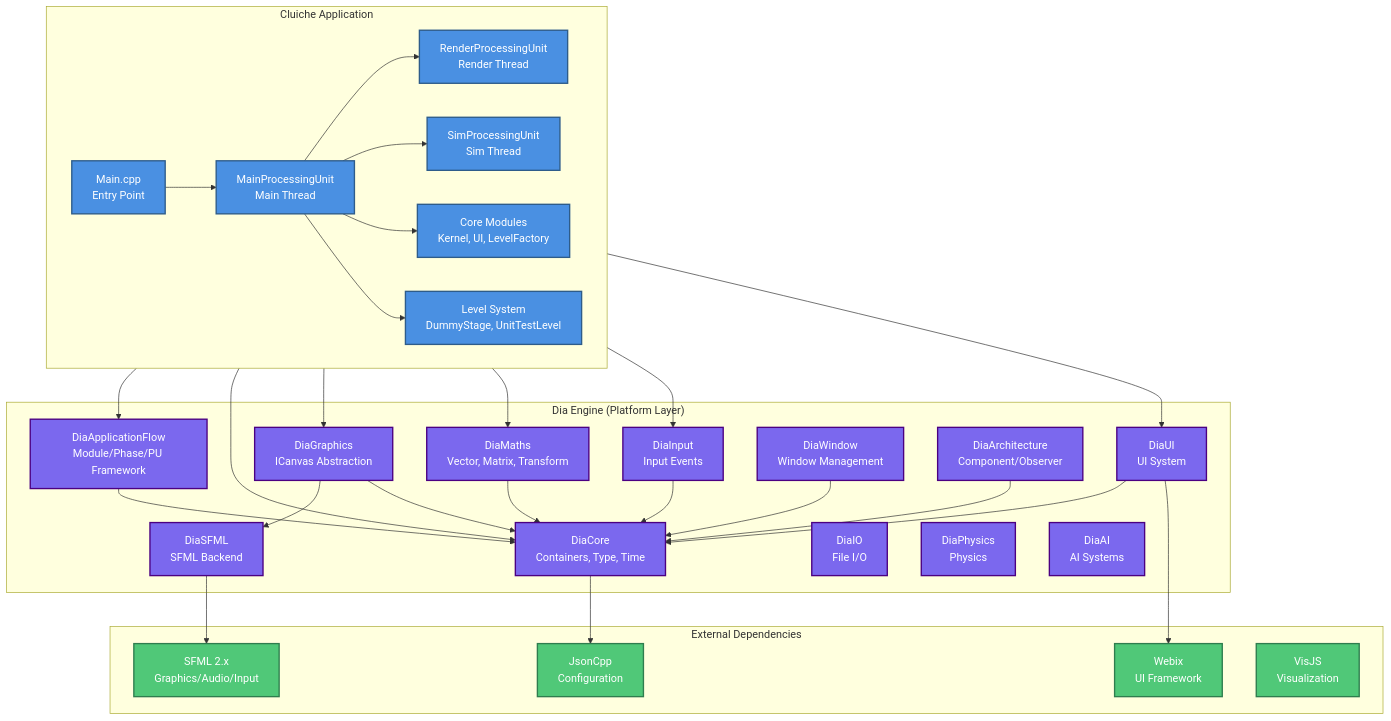
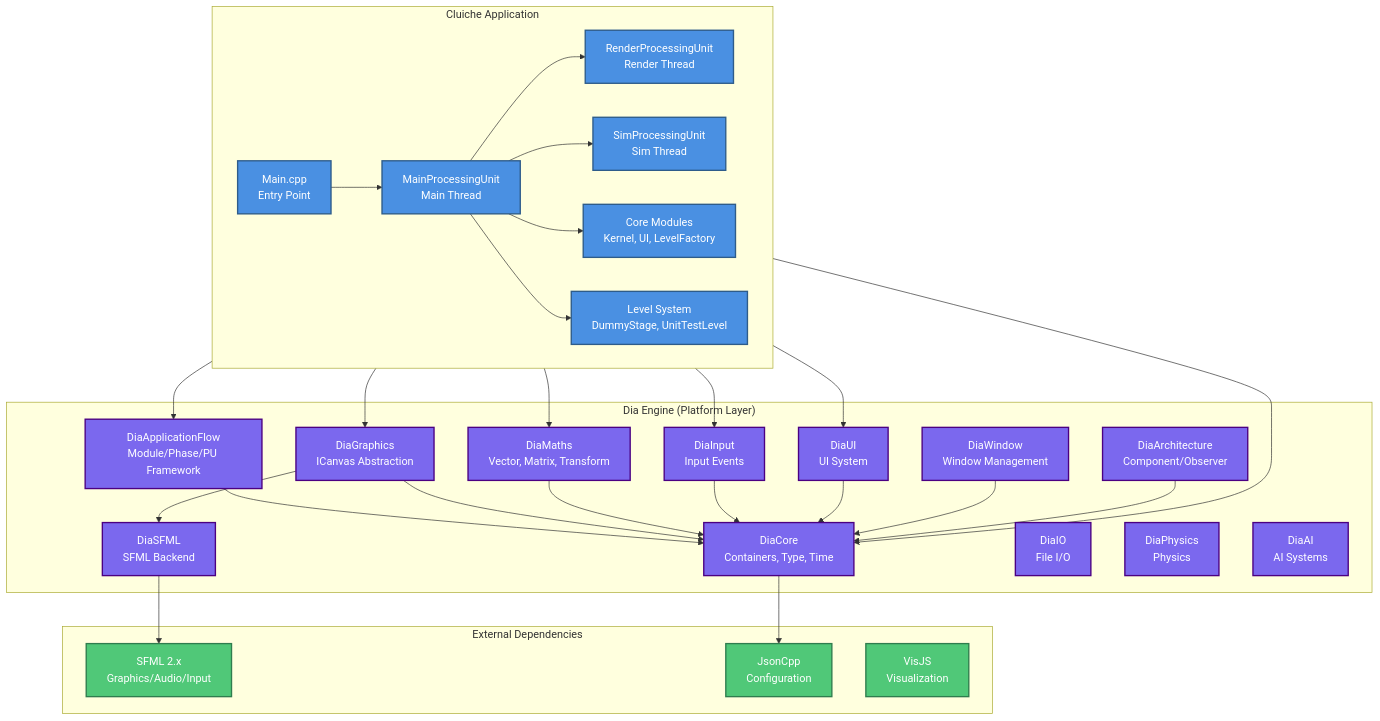
One commit to LenihanConor/Cluiche changed the diagram in docs/reference/architecture/diagrams/system-overview.md. Above: the diagram before and after it, drawn with Mermaid. The commit also changed 22 other files, not shown here.

````diff
--- a/docs/reference/architecture/diagrams/system-overview.md
+++ b/docs/reference/architecture/diagrams/system-overview.md
@@ -9,72 +9,70 @@
 ```mermaid
 graph TB
     subgraph External["External Dependencies"]
         SFML["SFML 2.x<br/>Graphics/Audio/Input"]
         JsonCpp["JsonCpp<br/>Configuration"]
-        Webix["Webix<br/>UI Framework"]
         VisJS["VisJS<br/>Visualization"]
     end
 
     subgraph Dia["Dia Engine (Platform Layer)"]
         DiaApp["DiaApplicationFlow<br/>Module/Phase/PU Framework"]
         DiaCore["DiaCore<br/>Containers, Type, Time"]
         DiaGraphics["DiaGraphics<br/>ICanvas Abstraction"]
         DiaMaths["DiaMaths<br/>Vector, Matrix, Transform"]
         DiaInput["DiaInput<br/>Input Events"]
         DiaUI["DiaUI<br/>UI System"]
         DiaWindow["DiaWindow<br/>Window Management"]
         DiaSFML["DiaSFML<br/>SFML Backend"]
         DiaIO["DiaIO<br/>File I/O"]
         DiaPhysics["DiaPhysics<br/>Physics"]
         DiaAI["DiaAI<br/>AI Systems"]
         DiaArch["DiaArchitecture<br/>Component/Observer"]
     end
 
     subgraph Cluiche["Cluiche Application"]
         Main["Main.cpp<br/>Entry Point"]
         MainPU["MainProcessingUnit<br/>Main Thread"]
         RenderPU["RenderProcessingUnit<br/>Render Thread"]
         SimPU["SimProcessingUnit<br/>Sim Thread"]
         Levels["Level System<br/>DummyStage, UnitTestLevel"]
         Modules["Core Modules<br/>Kernel, UI, LevelFactory"]
     end
 
     %% Application layer connections
     Main --> MainPU
     MainPU --> RenderPU
     MainPU --> SimPU
     MainPU --> Modules
     MainPU --> Levels
 
     %% Cluiche depends on Dia
     Cluiche --> DiaApp
     Cluiche --> DiaCore
     Cluiche --> DiaGraphics
     Cluiche --> DiaMaths
     Cluiche --> DiaInput
     Cluiche --> DiaUI
 
     %% Dia internal dependencies
     DiaApp --> DiaCore
     DiaGraphics --> DiaSFML
     DiaGraphics --> DiaCore
     DiaMaths --> DiaCore
     DiaInput --> DiaCore
     DiaUI --> DiaCore
     DiaWindow --> DiaCore
     DiaArch --> DiaCore
 
     %% Dia depends on External
     DiaSFML --> SFML
     DiaCore --> JsonCpp
-    DiaUI --> Webix
 
     %% Styling
     classDef appLayer fill:#4A90E2,stroke:#2E5C8A,stroke-width:2px,color:#fff
     classDef engineLayer fill:#7B68EE,stroke:#4B0082,stroke-width:2px,color:#fff
     classDef externalLayer fill:#50C878,stroke:#2F7D4E,stroke-width:2px,color:#fff
 
     class Main,MainPU,RenderPU,SimPU,Levels,Modules appLayer
     class DiaApp,DiaCore,DiaGraphics,DiaMaths,DiaInput,DiaUI,DiaWindow,DiaSFML,DiaIO,DiaPhysics,DiaAI,DiaArch engineLayer
-    class SFML,JsonCpp,Webix,VisJS externalLayer
+    class SFML,JsonCpp,VisJS externalLayer
 ```
````
